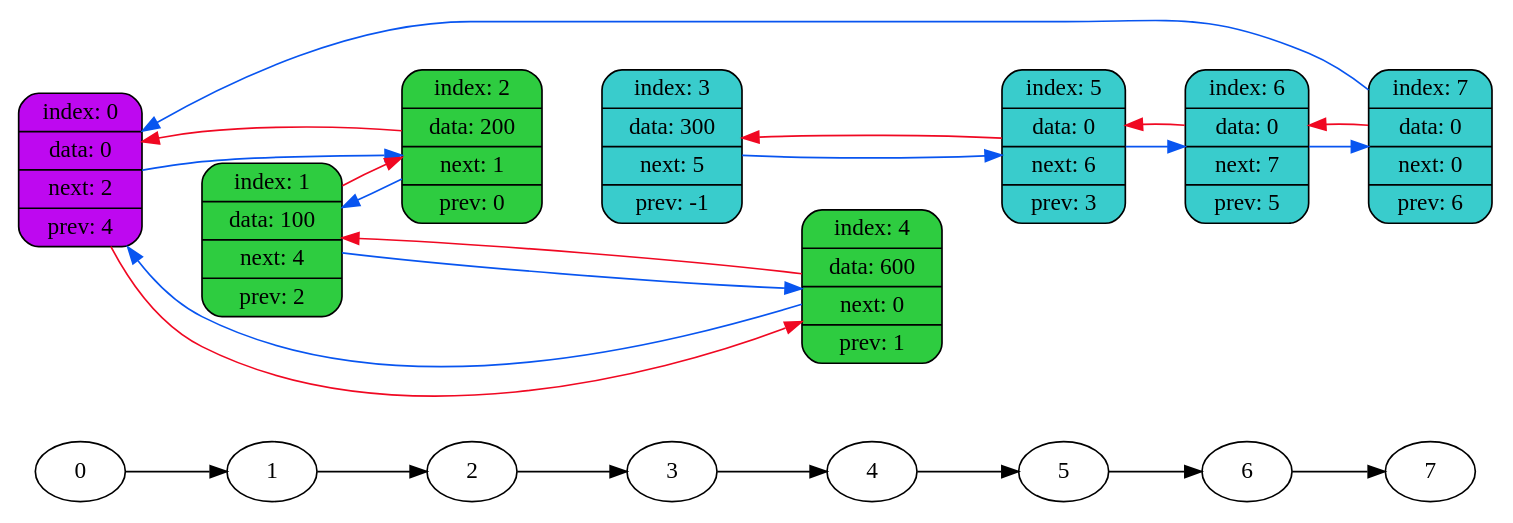
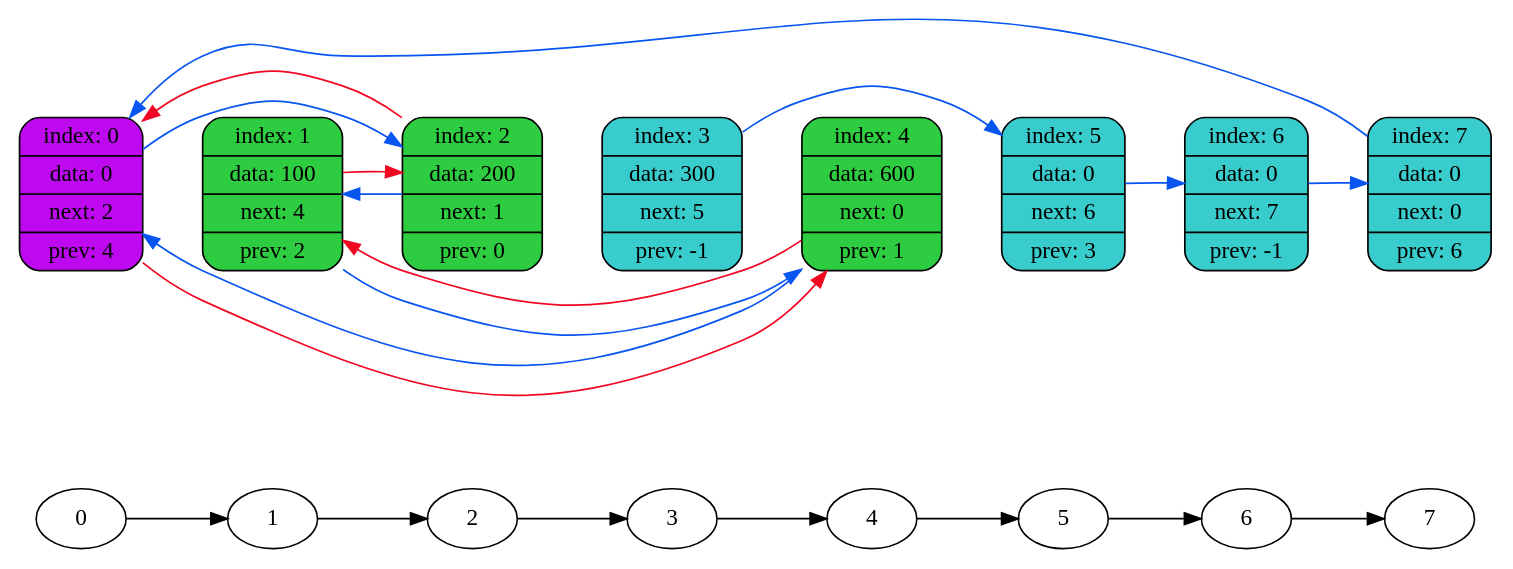
The diagram in data/dump2.dot (coffee8cat/list), drawn with Graphviz before and after one commit. The commit also changed 9 other files, not shown here.

```diff
--- a/data/dump2.dot
+++ b/data/dump2.dot
@@ -1,48 +1,45 @@
 digraph
 {
     rankdir=LR
 
     "0" -> "1" -> "2" -> "3" -> "4" -> "5" -> "6" -> "7";
 
     node3[shape=record,style="rounded,filled",fillcolor="#39CCCC",label="index: 3 | data: 300 | next: 5 | prev: -1"];
     node5[shape=record,style="rounded,filled",fillcolor="#39CCCC",label="index: 5 | data: 0 | next: 6 | prev: 3"];
-    node6[shape=record,style="rounded,filled",fillcolor="#39CCCC",label="index: 6 | data: 0 | next: 7 | prev: 5"];
+    node6[shape=record,style="rounded,filled",fillcolor="#39CCCC",label="index: 6 | data: 0 | next: 7 | prev: -1"];
     node7[shape=record,style="rounded,filled",fillcolor="#39CCCC",label="index: 7 | data: 0 | next: 0 | prev: 6"];
     node0[shape=record,style="rounded,filled",fillcolor="#BE08F0",label="index: 0 | data: 0 | next: 2 | prev: 4"];
     node2[shape=record,style="rounded,filled",fillcolor="#2ECC40",label="index: 2 | data: 200 | next: 1 | prev: 0"];
     node1[shape=record,style="rounded,filled",fillcolor="#2ECC40",label="index: 1 | data: 100 | next: 4 | prev: 2"];
     node4[shape=record,style="rounded,filled",fillcolor="#2ECC40",label="index: 4 | data: 600 | next: 0 | prev: 1"];
 
     node0 -> node1[color="none",penwidth=100000000]
     {rank = same; "0"; node0}
     node1 -> node2[color="none",penwidth=100000000]
     {rank = same; "1"; node1}
     node2 -> node3[color="none",penwidth=100000000]
     {rank = same; "2"; node2}
     node3 -> node4[color="none",penwidth=100000000]
     {rank = same; "3"; node3}
     node4 -> node5[color="none",penwidth=100000000]
     {rank = same; "4"; node4}
     node5 -> node6[color="none",penwidth=100000000]
     {rank = same; "5"; node5}
     node6 -> node7[color="none",penwidth=100000000]
     {rank = same; "6"; node6}
     {rank = same; "7"; node7}
 
-    node0 -> node2[color="#0855F0"]
-    node2 -> node0[color="#F00822"]
-    node2 -> node1[color="#0855F0"]
-    node1 -> node2[color="#F00822"]
-    node1 -> node4[color="#0855F0"]
-    node4 -> node1[color="#F00822"]
-    node4 -> node0[color="#0855F0"]
+    node0 -> node2[color="#0855F0",constraint=false]
+    node2 -> node0[color="#F00822",constraint=false]
+    node2 -> node1[color="#0855F0",constraint=false]
+    node1 -> node2[color="#F00822",constraint=false]
+    node1 -> node4[color="#0855F0",constraint=false]
+    node4 -> node1[color="#F00822",constraint=false]
+    node4 -> node0[color="#0855F0",constraint=false]
 
-    node0 -> node4[color="#F00822"]
-    node3 -> node5[color="#0855F0"]
-    node5 -> node6[color="#0855F0"]
-    node6 -> node7[color="#0855F0"]
-    node7 -> node0[color="#0855F0"]
-    node5 -> node3[color="#F00822"]
-    node6 -> node5[color="#F00822"]
-    node7 -> node6[color="#F00822"]
+    node0 -> node4[color="#F00822",constraint=false]
+    node3 -> node5[color="#0855F0",constraint=false]
+    node5 -> node6[color="#0855F0",constraint=false]
+    node6 -> node7[color="#0855F0",constraint=false]
+    node7 -> node0[color="#0855F0",constraint=false]
 }
```
